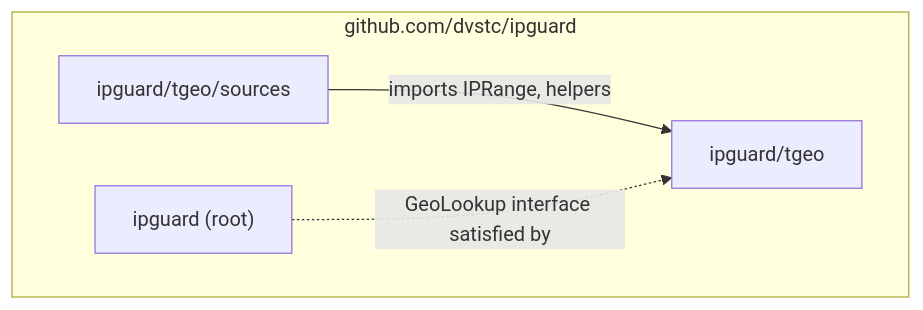
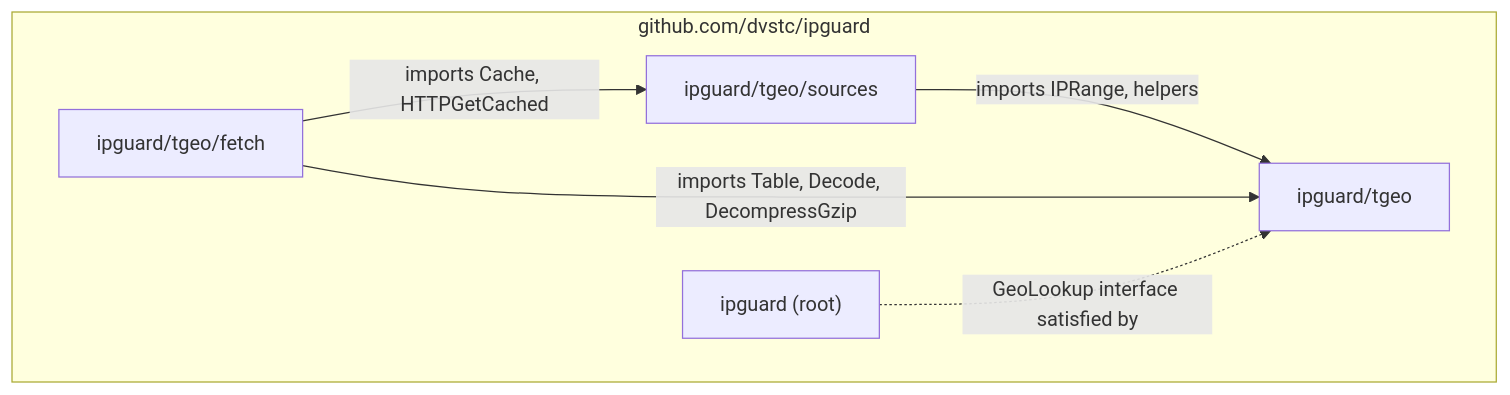
The diagram in DESIGN.md (dvstc/ipguard), drawn with Mermaid before and after one commit. The commit also changed other lines of this file and 11 other files, not shown here.

````diff
--- a/DESIGN.md
+++ b/DESIGN.md
@@ -62,11 +62,14 @@
 ```mermaid
 graph TD
     subgraph lib ["github.com/dvstc/ipguard"]
         root["ipguard (root)"]
         tgeo["ipguard/tgeo"]
+        fetch["ipguard/tgeo/fetch"]
         sources["ipguard/tgeo/sources"]
     end
 
     sources -->|"imports IPRange, helpers"| tgeo
+    fetch -->|"imports Table, Decode, DecompressGzip"| tgeo
+    fetch -->|"imports Cache, HTTPGetCached"| sources
     root -.->|"GeoLookup interface satisfied by"| tgeo
 ```
````
